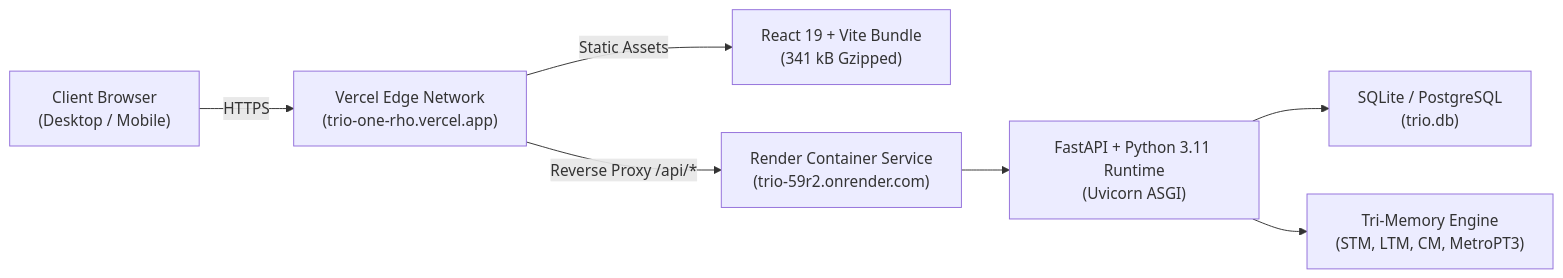
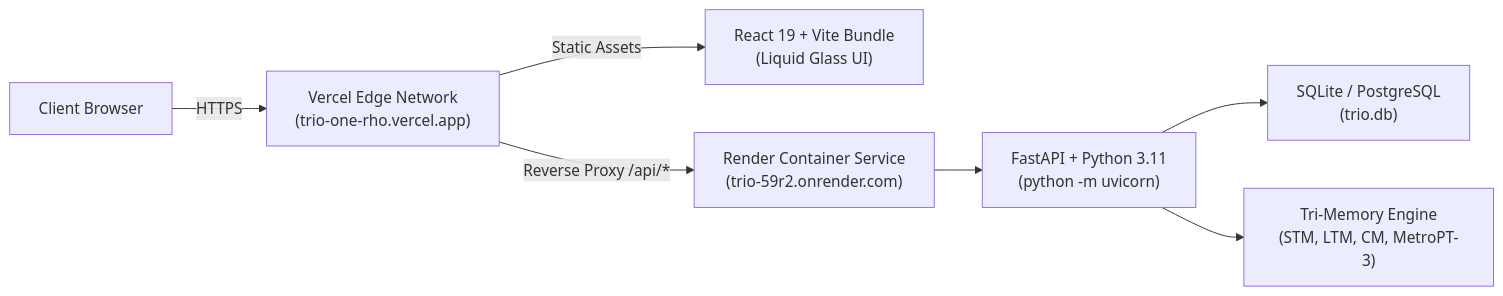
The second of 2 diagrams in TRIO_3.0_SYSTEM_ARCHITECTURE_AND_PROJECT_SPECIFICATION.md (aaromal-s/Trio), drawn with Mermaid before and after one commit. The commit also changed other lines of this file, not shown here.

Commit message:
docs: update system architecture specification with detailed function reference and latest UI/feature upgrades

````diff
--- a/TRIO_3.0_SYSTEM_ARCHITECTURE_AND_PROJECT_SPECIFICATION.md
+++ b/TRIO_3.0_SYSTEM_ARCHITECTURE_AND_PROJECT_SPECIFICATION.md
@@ -401,9 +363,9 @@
 ```mermaid
 flowchart LR
-    Browser["Client Browser<br/>(Desktop / Mobile)"] -->|HTTPS| Vercel["Vercel Edge Network<br/>(trio-one-rho.vercel.app)"]
-    Vercel -->|Static Assets| SPA["React 19 + Vite Bundle<br/>(341 kB Gzipped)"]
+    Browser["Client Browser"] -->|HTTPS| Vercel["Vercel Edge Network<br/>(trio-one-rho.vercel.app)"]
+    Vercel -->|Static Assets| SPA["React 19 + Vite Bundle<br/>(Liquid Glass UI)"]
     Vercel -->|Reverse Proxy /api/*| Render["Render Container Service<br/>(trio-59r2.onrender.com)"]
-    Render --> FastAPI["FastAPI + Python 3.11 Runtime<br/>(Uvicorn ASGI)"]
+    Render --> FastAPI["FastAPI + Python 3.11<br/>(python -m uvicorn)"]
     FastAPI --> DB["SQLite / PostgreSQL<br/>(trio.db)"]
-    FastAPI --> ML["Tri-Memory Engine<br/>(STM, LTM, CM, MetroPT3)"]
+    FastAPI --> ML["Tri-Memory Engine<br/>(STM, LTM, CM, MetroPT-3)"]
 ```
````
